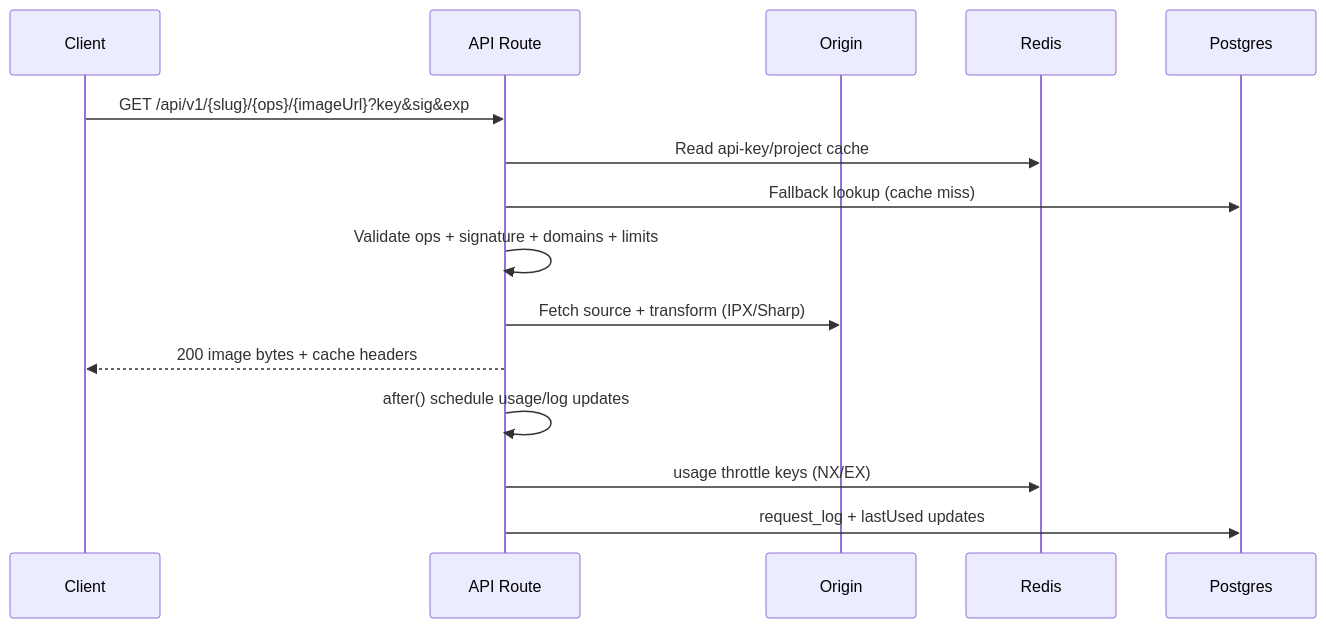
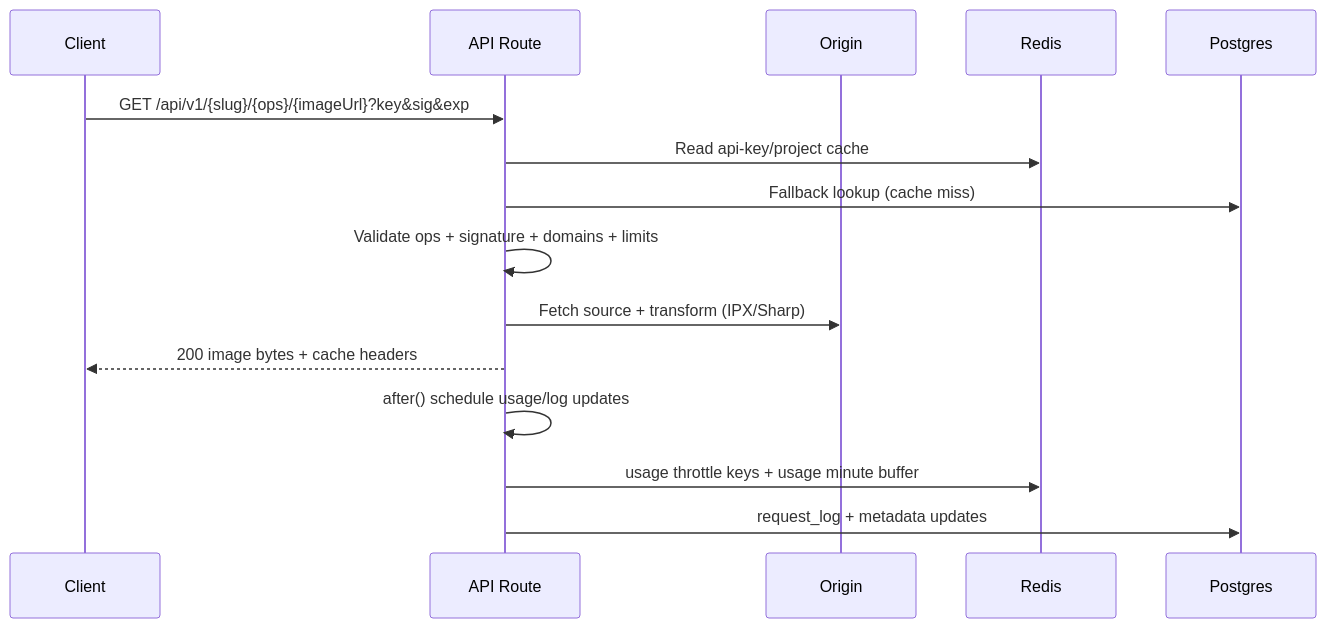
One commit to EricTsai83/optstuff changed the third of 3 diagrams in apps/docs/content/docs/architecture/overview.mdx. Above: the diagram before and after it, drawn with Mermaid. The commit also changed other lines of this file and 23 other files, not shown here.

````diff
--- a/apps/docs/content/docs/architecture/overview.mdx
+++ b/apps/docs/content/docs/architecture/overview.mdx
@@ -79,18 +79,18 @@
 ```mermaid
 sequenceDiagram
   participant C as Client
   participant A as API Route
   participant O as Origin
   participant R as Redis
   participant P as Postgres
 
   C->>A: GET /api/v1/{slug}/{ops}/{imageUrl}?key&sig&exp
   A->>R: Read api-key/project cache
   A->>P: Fallback lookup (cache miss)
   A->>A: Validate ops + signature + domains + limits
   A->>O: Fetch source + transform (IPX/Sharp)
   A-->>C: 200 image bytes + cache headers
   A->>A: after() schedule usage/log updates
-  A->>R: usage throttle keys (NX/EX)
-  A->>P: request_log + lastUsed updates
+  A->>R: usage throttle keys + usage minute buffer
+  A->>P: request_log + metadata updates
 ```
````
